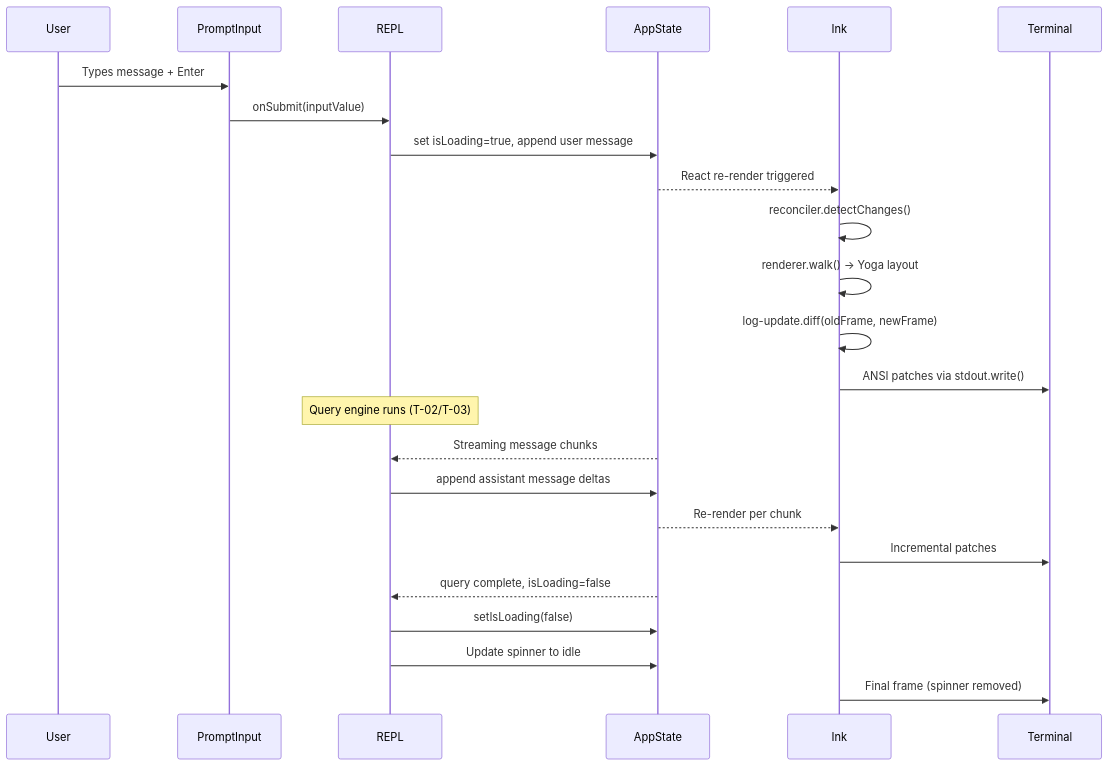
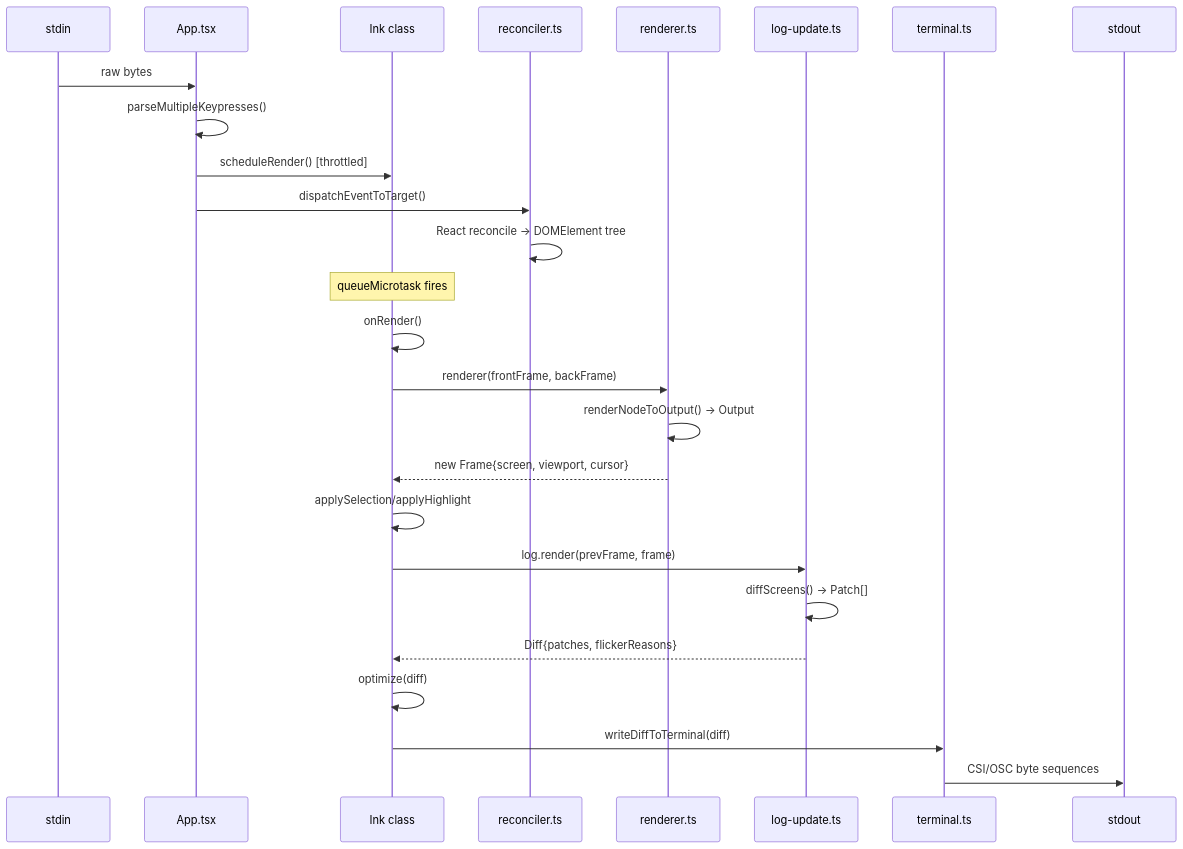
The fifth of 5 diagrams in branches/main/task-analyses/T-10-tui-repl-ink.md (LiuYuuChen/clawcode_analysis), drawn with Mermaid before and after one commit. The commit also changed other lines of this file and 137 other files, not shown here.

````diff
--- a/branches/main/task-analyses/T-10-tui-repl-ink.md
+++ b/branches/main/task-analyses/T-10-tui-repl-ink.md
@@ -419,30 +535,30 @@
 ```mermaid
 sequenceDiagram
-    participant User
-    participant PromptInput
-    participant REPL
-    participant AppState
-    participant Ink
-    participant Terminal
+    participant Stdin as stdin
+    participant App as App.tsx
+    participant Ink as Ink class
+    participant Reconciler as reconciler.ts
+    participant Renderer as renderer.ts
+    participant LogUpdate as log-update.ts
+    participant Terminal as terminal.ts
+    participant Stdout as stdout
 
-    User->>PromptInput: Types message + Enter
-    PromptInput->>REPL: onSubmit(inputValue)
-    REPL->>AppState: set isLoading=true, append user message
-    AppState-->>Ink: React re-render triggered
-    Ink->>Ink: reconciler.detectChanges()
-    Ink->>Ink: renderer.walk() -> Yoga layout
-    Ink->>Ink: log-update.diff(oldFrame, newFrame)
-    Ink->>Terminal: ANSI patches via stdout.write()
-    
-    Note over REPL: Query engine runs (T-02/T-03)
-    
-    AppState-->>REPL: Streaming message chunks
-    REPL->>AppState: append assistant message deltas
-    AppState-->>Ink: Re-render per chunk
-    Ink->>Terminal: Incremental patches
-    
-    AppState-->>REPL: query complete, isLoading=false
-    REPL->>AppState: setIsLoading(false)
-    REPL->>AppState: Update spinner to idle
-    Ink->>Terminal: Final frame (spinner removed)
+    Stdin->>App: raw bytes
+    App->>App: parseMultipleKeypresses()
+    App->>Ink: scheduleRender() [throttled]
+    App->>Reconciler: dispatchEventToTarget()
+    Reconciler->>Reconciler: React reconcile → DOMElement tree
+
+    Note over Ink: queueMicrotask fires
+    Ink->>Ink: onRender()
+    Ink->>Renderer: renderer(frontFrame, backFrame)
+    Renderer->>Renderer: renderNodeToOutput() → Output
+    Renderer-->>Ink: new Frame{screen, viewport, cursor}
+    Ink->>Ink: applySelection/applyHighlight
+    Ink->>LogUpdate: log.render(prevFrame, frame)
+    LogUpdate->>LogUpdate: diffScreens() → Patch[]
+    LogUpdate-->>Ink: Diff{patches, flickerReasons}
+    Ink->>Ink: optimize(diff)
+    Ink->>Terminal: writeDiffToTerminal(diff)
+    Terminal->>Stdout: CSI/OSC byte sequences
 ```
````
